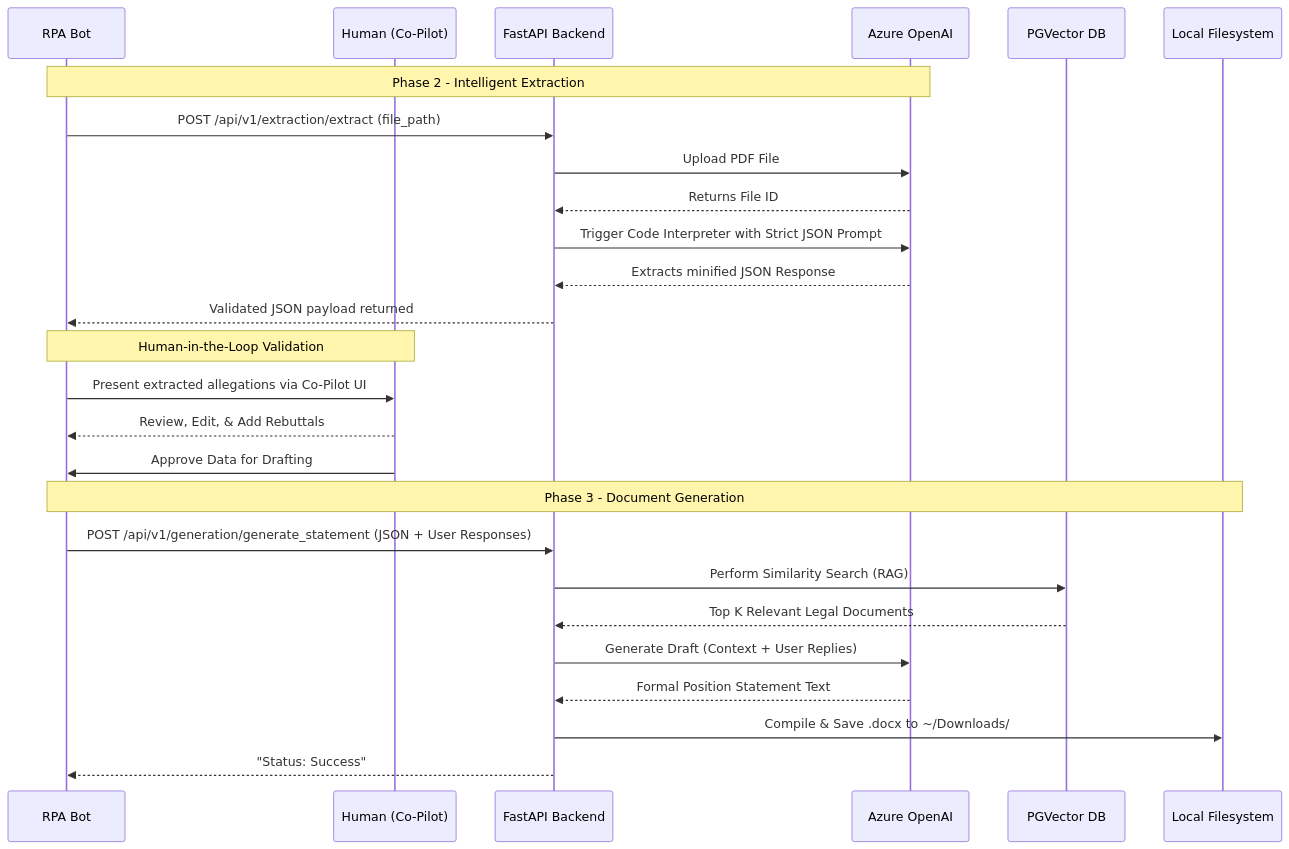
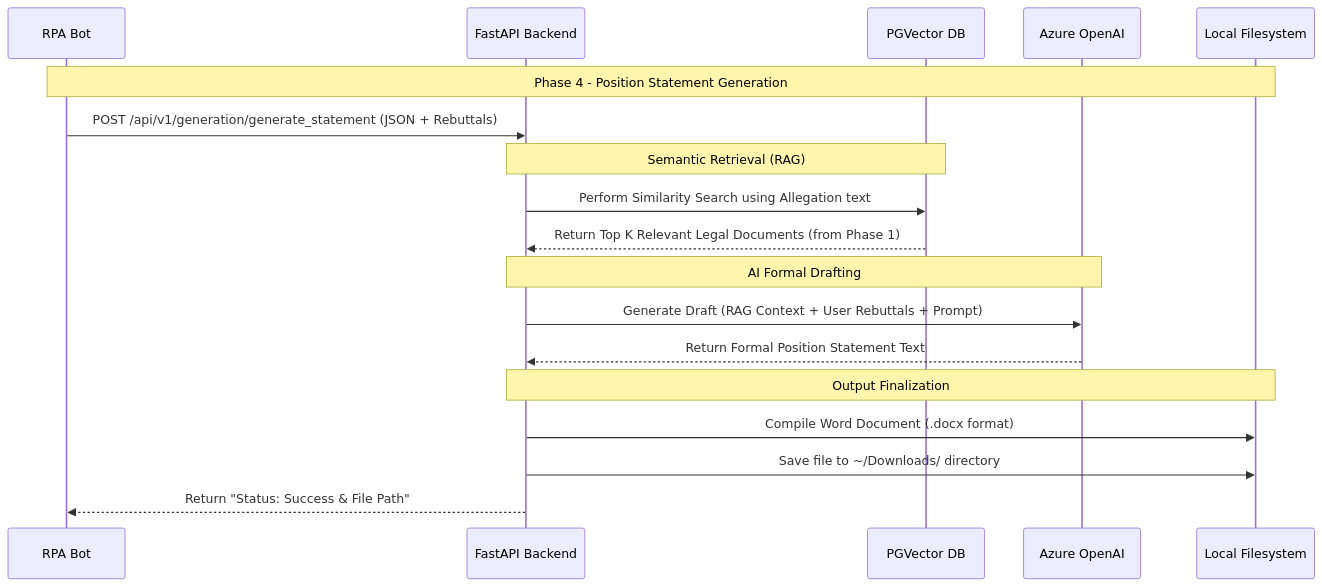
The fifth of 5 diagrams in Legal_Pleadings_SDD.md (GaneshBhat-BCH/Legal-Pleadings), drawn with Mermaid before and after one commit. The commit also changed other lines of this file and 1 other file, not shown here.

Commit message:
Enhance SDD: Split Sequence Diagrams into 4 distinct phases for ultimate clarity

````diff
--- a/Legal_Pleadings_SDD.md
+++ b/Legal_Pleadings_SDD.md
@@ -67,31 +134,24 @@
 ```mermaid
 sequenceDiagram
     participant RPA as RPA Bot
-    participant Human as Human (Co-Pilot)
     participant API as FastAPI Backend
+    participant DB as PGVector DB
     participant AOAI as Azure OpenAI
-    participant DB as PGVector DB
     participant OS as Local Filesystem
-
-    Note over RPA, AOAI: Phase 2 - Intelligent Extraction
-    RPA->>API: POST /api/v1/extraction/extract (file_path)
-    API->>AOAI: Upload PDF File
-    AOAI-->>API: Returns File ID
-    API->>AOAI: Trigger Code Interpreter with Strict JSON Prompt
-    AOAI-->>API: Extracts minified JSON Response
-    API-->>RPA: Validated JSON payload returned
     
-    Note over RPA, Human: Human-in-the-Loop Validation
-    RPA->>Human: Present extracted allegations via Co-Pilot UI
-    Human-->>RPA: Review, Edit, & Add Rebuttals
-    Human->>RPA: Approve Data for Drafting
+    Note over RPA, OS: Phase 4 - Position Statement Generation
+    RPA->>API: POST /api/v1/generation/generate_statement (JSON + Rebuttals)
     
-    Note over RPA, OS: Phase 3 - Document Generation
-    RPA->>API: POST /api/v1/generation/generate_statement (JSON + User Responses)
-    API->>DB: Perform Similarity Search (RAG)
-    DB-->>API: Top K Relevant Legal Documents
-    API->>AOAI: Generate Draft (Context + User Replies)
-    AOAI-->>API: Formal Position Statement Text
-    API->>OS: Compile & Save .docx to ~/Downloads/
-    API-->>RPA: "Status: Success"
+    Note over API, DB: Semantic Retrieval (RAG)
+    API->>DB: Perform Similarity Search using Allegation text
+    DB-->>API: Return Top K Relevant Legal Documents (from Phase 1)
+    
+    Note over API, AOAI: AI Formal Drafting
+    API->>AOAI: Generate Draft (RAG Context + User Rebuttals + Prompt)
+    AOAI-->>API: Return Formal Position Statement Text
+    
+    Note over API, OS: Output Finalization
+    API->>OS: Compile Word Document (.docx format)
+    API->>OS: Save file to ~/Downloads/ directory
+    API-->>RPA: Return "Status: Success & File Path"
 ```
````
